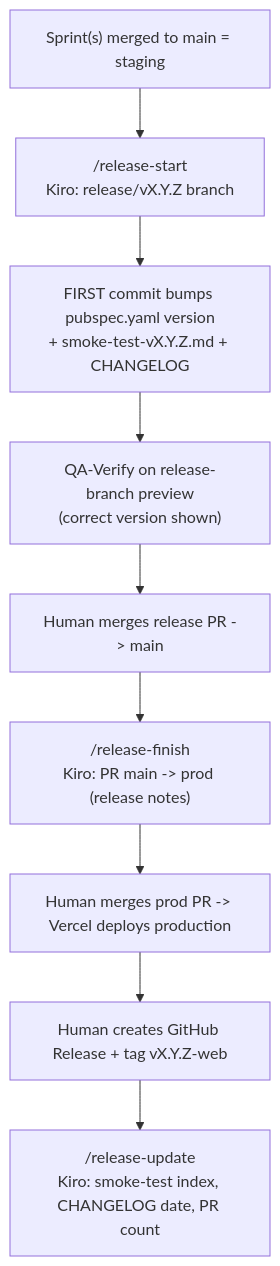
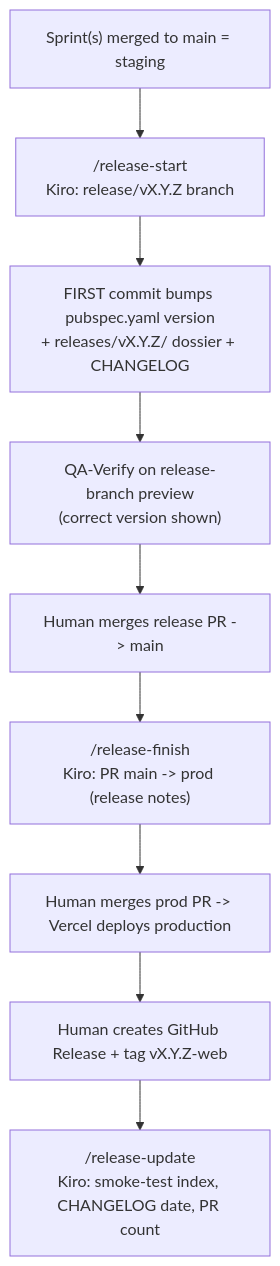
Before and after one commit to vteial/saranidhi: the fourth of 7 diagrams in AI_COLLABORATION_FRAMEWORK.md, drawn with Mermaid. The commit also changed other lines of this file and 16 other files, not shown here.

````diff
--- a/AI_COLLABORATION_FRAMEWORK.md
+++ b/AI_COLLABORATION_FRAMEWORK.md
@@ -148,11 +148,11 @@
 ```mermaid
 flowchart TD
     A["Sprint(s) merged to main = staging"] --> B["/release-start\nKiro: release/vX.Y.Z branch"]
-    B --> B1["FIRST commit bumps pubspec.yaml version\n+ smoke-test-vX.Y.Z.md + CHANGELOG"]
+    B --> B1["FIRST commit bumps pubspec.yaml version\n+ releases/vX.Y.Z/ dossier + CHANGELOG"]
     B1 --> C["QA-Verify on release-branch preview\n(correct version shown)"]
     C --> D["Human merges release PR -> main"]
     D --> E["/release-finish\nKiro: PR main -> prod (release notes)"]
     E --> F["Human merges prod PR -> Vercel deploys production"]
     F --> G["Human creates GitHub Release + tag vX.Y.Z-web"]
     G --> H["/release-update\nKiro: smoke-test index, CHANGELOG date, PR count"]
 ```
````
